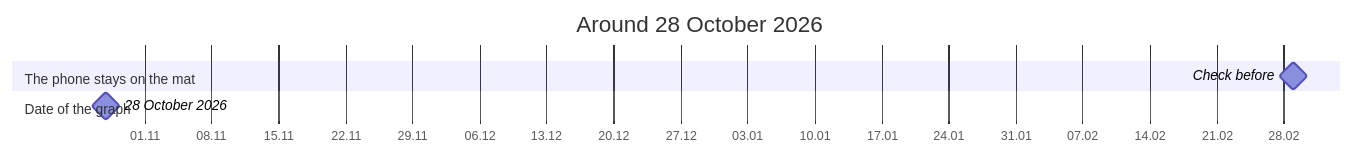
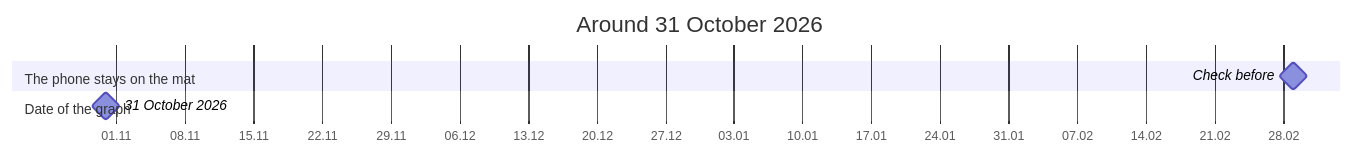
Before and after one commit to advancedcognitivesystems-ai/trame: the diagram in apps/poselia/docs/timeline.md, drawn with Mermaid. The commit also changed other lines of this file and 82 other files, not shown here.

````diff
--- a/apps/poselia/docs/timeline.md
+++ b/apps/poselia/docs/timeline.md
@@ -5,10 +5,10 @@
 ```mermaid
 gantt
   dateFormat YYYY-MM-DD
   axisFormat %d.%m
-  title Around 28 October 2026
+  title Around 31 October 2026
   section The phone stays on the mat
     Check before : milestone, 2027-03-01, 0d
   section Date of the graph
-    28 October 2026 : milestone, 2026-10-28, 0d
+    31 October 2026 : milestone, 2026-10-31, 0d
 ```
````
